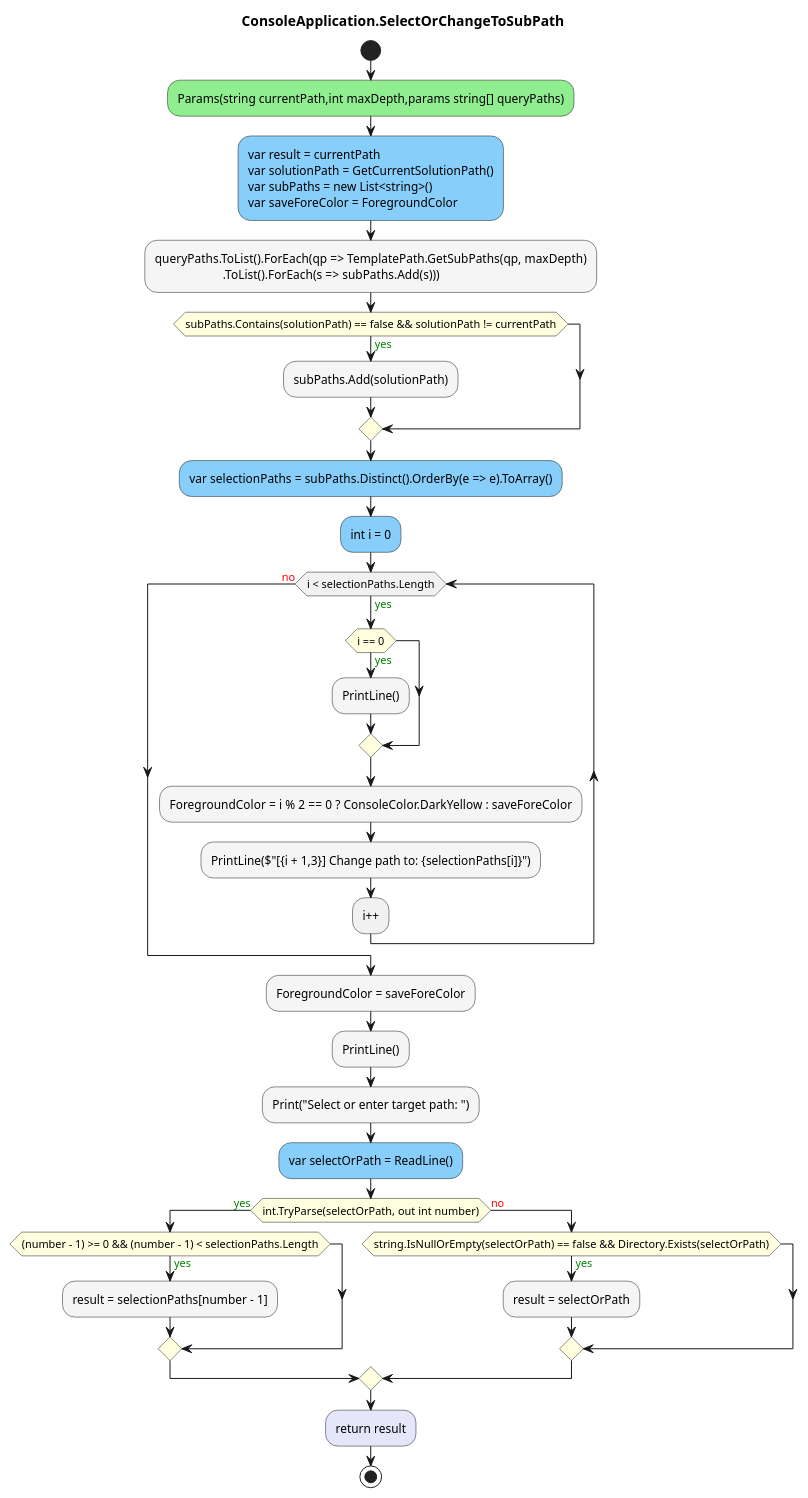
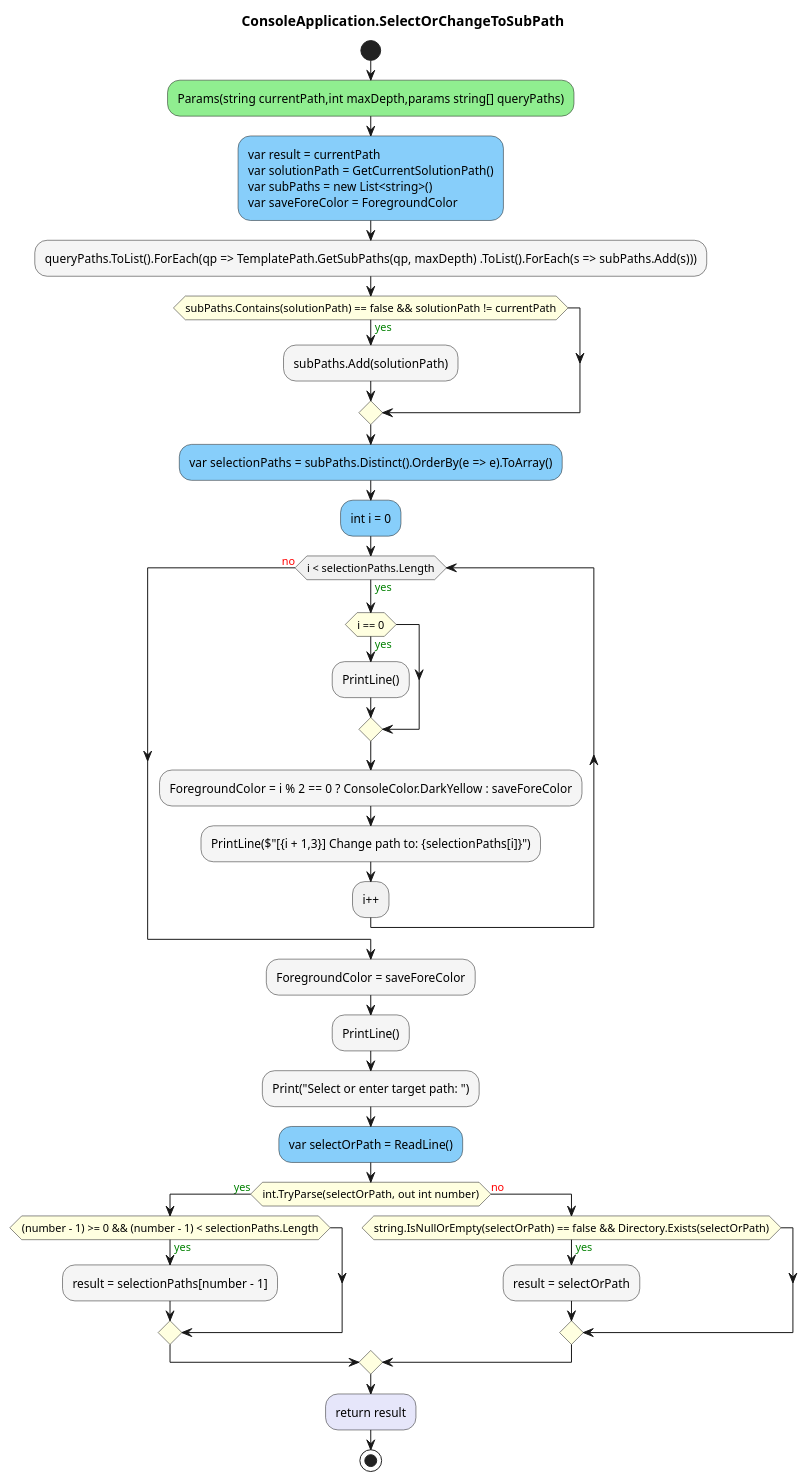
Before and after one commit to leoggehrer/CommonTool: the diagram in CommonTool/diagrams/ac_ConsoleApplication_SelectOrChangeToSubPath.puml, drawn with PlantUML. The commit also changed 17 other files, not shown here.

```diff
--- a/CommonTool/diagrams/ac_ConsoleApplication_SelectOrChangeToSubPath.puml
+++ b/CommonTool/diagrams/ac_ConsoleApplication_SelectOrChangeToSubPath.puml
@@ -1,36 +1,35 @@
 @startuml ConsoleApplication.SelectOrChangeToSubPath
 title ConsoleApplication.SelectOrChangeToSubPath
 start
 #LightGreen:Params(string currentPath,int maxDepth,params string[] queryPaths);
 #LightSkyBlue:var result = currentPath\nvar solutionPath = GetCurrentSolutionPath()\nvar subPaths = new List<string>()\nvar saveForeColor = ForegroundColor;
-#WhiteSmoke:queryPaths.ToList().ForEach(qp => TemplatePath.GetSubPaths(qp, maxDepth)
-                      .ToList().ForEach(s => subPaths.Add(s)));
+#WhiteSmoke:queryPaths.ToList().ForEach(qp => TemplatePath.GetSubPaths(qp, maxDepth) .ToList().ForEach(s => subPaths.Add(s)));
 #LightYellow:if (subPaths.Contains(solutionPath) == false && solutionPath != currentPath) then (<color:green>yes)
         #WhiteSmoke:subPaths.Add(solutionPath);
 endif
 #LightSkyBlue:var selectionPaths = subPaths.Distinct().OrderBy(e => e).ToArray();
 #LightSkyBlue:int i = 0;
 while (i < selectionPaths.Length) is (<color:green>yes)
         #LightYellow:if (i == 0) then (<color:green>yes)
             #WhiteSmoke:PrintLine();
         endif
         #WhiteSmoke:ForegroundColor = i % 2 == 0 ? ConsoleColor.DarkYellow : saveForeColor;
         #WhiteSmoke:PrintLine($"[{i + 1,3}] Change path to: {selectionPaths[i]}");
 :i++;
 endwhile (<color:red>no)
 #WhiteSmoke:ForegroundColor = saveForeColor;
 #WhiteSmoke:PrintLine();
 #WhiteSmoke:Print("Select or enter target path: ");
 #LightSkyBlue:var selectOrPath = ReadLine();
 #LightYellow:if (int.TryParse(selectOrPath, out int number)) then (<color:green>yes)
         #LightYellow:if ((number - 1) >= 0 && (number - 1) < selectionPaths.Length) then (<color:green>yes)
                 #WhiteSmoke:result = selectionPaths[number - 1];
         endif
     else (<color:red>no)
         #LightYellow:if (string.IsNullOrEmpty(selectOrPath) == false && Directory.Exists(selectOrPath)) then (<color:green>yes)
                 #WhiteSmoke:result = selectOrPath;
         endif
 endif
 #Lavender:return result;
 stop
 @enduml
```
